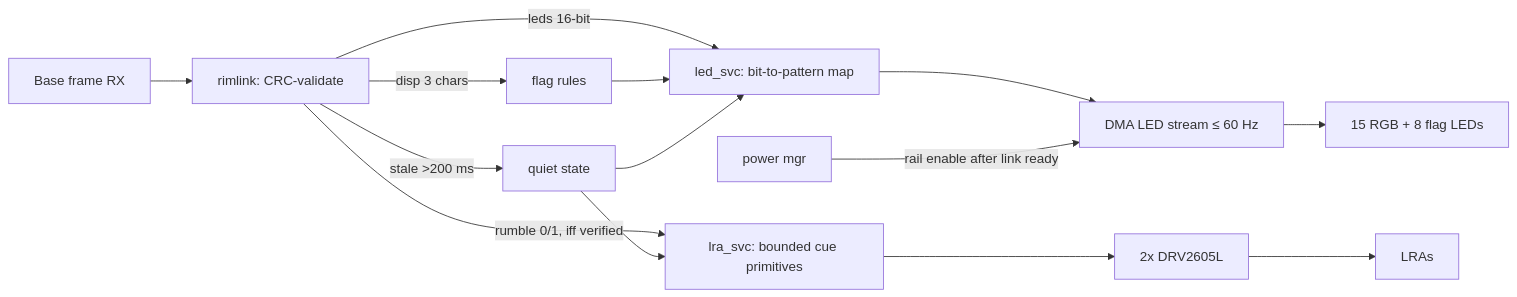
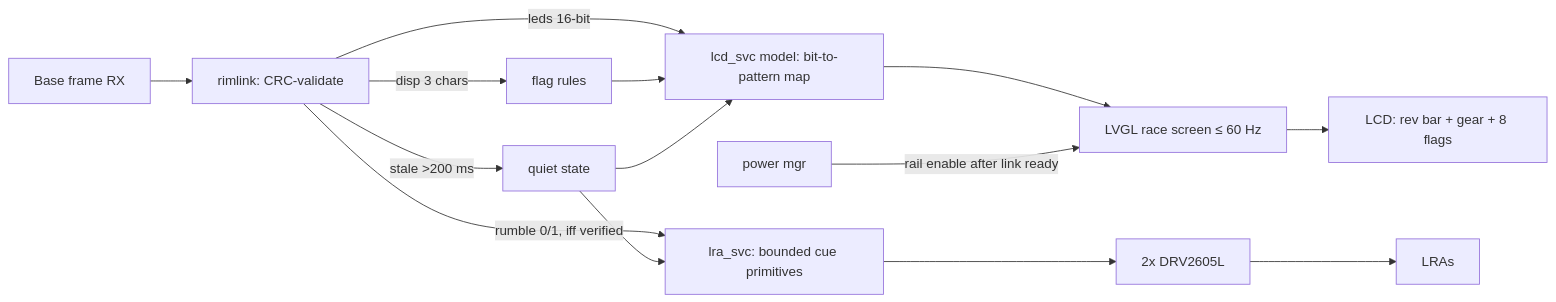
The second of 3 diagrams in docs/phases2-6-software-spec.md (nguyentri/fanatec-wheel), drawn with Mermaid before and after one commit. The commit also changed other lines of this file and 45 other files, not shown here.

````diff
--- a/docs/phases2-6-software-spec.md
+++ b/docs/phases2-6-software-spec.md
@@ -141,10 +143,10 @@
 ```mermaid
 flowchart LR
     BASE[Base frame RX] --> AD[rimlink: CRC-validate]
-    AD -->|leds 16-bit| LM[led_svc: bit-to-pattern map] --> STR[DMA LED stream ≤ 60 Hz] --> RPM[15 RGB + 8 flag LEDs]
+    AD -->|leds 16-bit| LM[lcd_svc model: bit-to-pattern map] --> STR[LVGL race screen ≤ 60 Hz] --> RPM[LCD: rev bar + gear + 8 flags]
     AD -->|disp 3 chars| FL[flag rules] --> LM
     AD -->|rumble 0/1, iff verified| LR[lra_svc: bounded cue primitives] --> DRV[2x DRV2605L] --> LRA[LRAs]
     AD -->|stale >200 ms| Q[quiet state] --> LM
     Q --> LR
     PM[power mgr] -->|rail enable after link ready| STR
 ```
````
